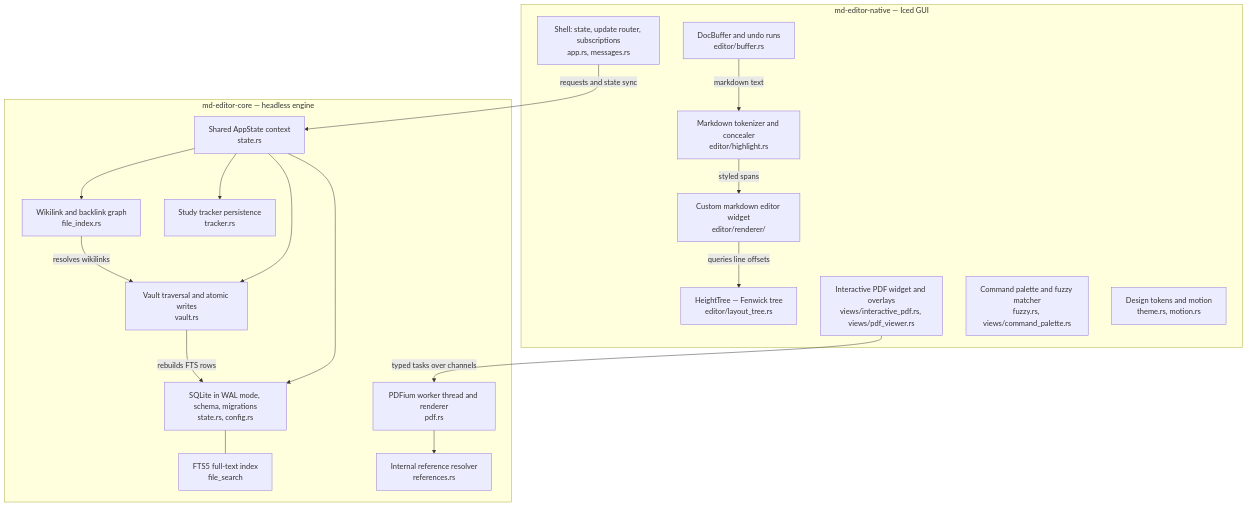
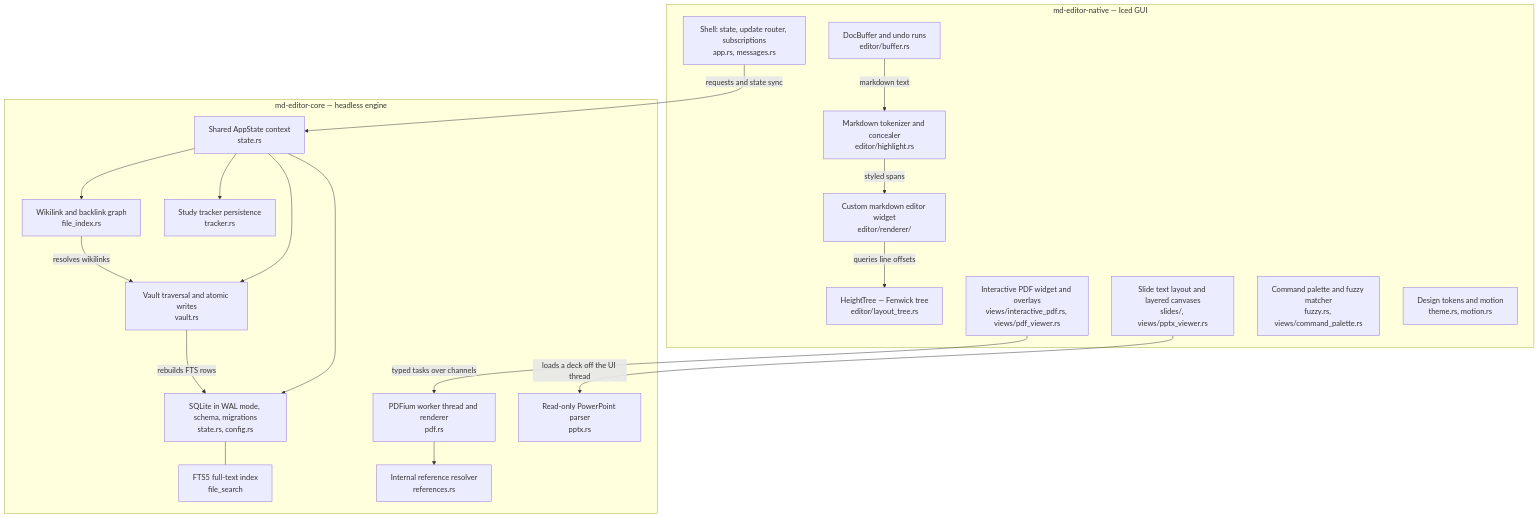
The diagram in wiki/Home.md (Suranjan77/md-editor), drawn with Mermaid before and after one commit. The commit also changed other lines of this file and 31 other files, not shown here.

Commit message:
feat: pptx viewer feature added

````diff
--- a/wiki/Home.md
+++ b/wiki/Home.md
@@ -19,38 +19,41 @@
 ```mermaid
 graph TB
     subgraph UI ["md-editor-native — Iced GUI"]
         App["Shell: state, update router, subscriptions<br/>app.rs, messages.rs"]
         Widget["Custom markdown editor widget<br/>editor/renderer/"]
         DocBuf["DocBuffer and undo runs<br/>editor/buffer.rs"]
         Fenwick["HeightTree — Fenwick tree<br/>editor/layout_tree.rs"]
         Highlighter["Markdown tokenizer and concealer<br/>editor/highlight.rs"]
         PDFView["Interactive PDF widget and overlays<br/>views/interactive_pdf.rs, views/pdf_viewer.rs"]
+        SlideView["Slide text layout and layered canvases<br/>slides/, views/pptx_viewer.rs"]
         Palette["Command palette and fuzzy matcher<br/>fuzzy.rs, views/command_palette.rs"]
         Tokens["Design tokens and motion<br/>theme.rs, motion.rs"]
     end
 
     subgraph Core ["md-editor-core — headless engine"]
         AppState["Shared AppState context<br/>state.rs"]
         Vault["Vault traversal and atomic writes<br/>vault.rs"]
         Index["Wikilink and backlink graph<br/>file_index.rs"]
         SQLite["SQLite in WAL mode, schema, migrations<br/>state.rs, config.rs"]
         FTS["FTS5 full-text index<br/>file_search"]
         PDFWorker["PDFium worker thread and renderer<br/>pdf.rs"]
         RefScanner["Internal reference resolver<br/>references.rs"]
+        PptxParser["Read-only PowerPoint parser<br/>pptx.rs"]
         Tracker["Study tracker persistence<br/>tracker.rs"]
     end
 
     App -->|"requests and state sync"| AppState
     Widget -->|"queries line offsets"| Fenwick
     DocBuf -->|"markdown text"| Highlighter
     Highlighter -->|"styled spans"| Widget
     PDFView -->|"typed tasks over channels"| PDFWorker
+    SlideView -->|"loads a deck off the UI thread"| PptxParser
     Vault -->|"rebuilds FTS rows"| SQLite
     Index -->|"resolves wikilinks"| Vault
     AppState --> SQLite
     AppState --> Vault
     AppState --> Index
     AppState --> Tracker
     SQLite --- FTS
     PDFWorker --> RefScanner
 ```
````
